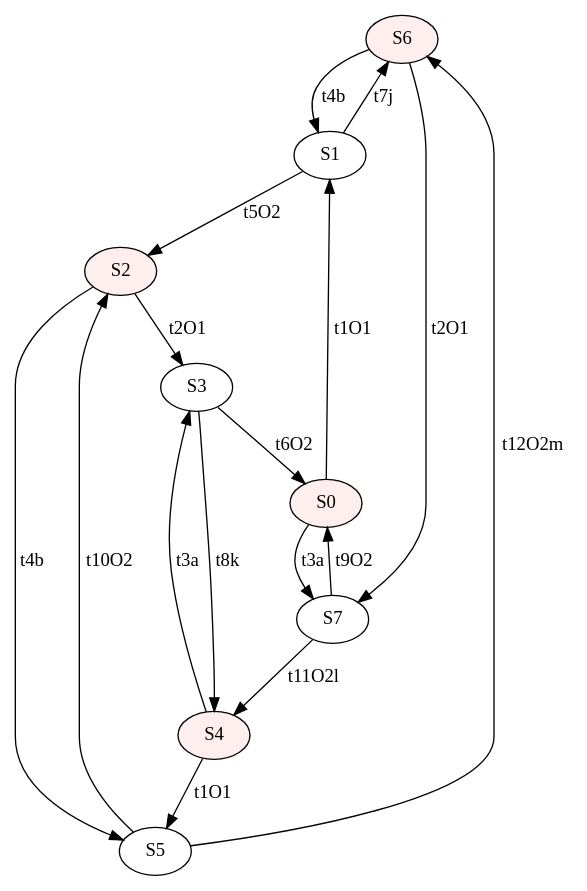
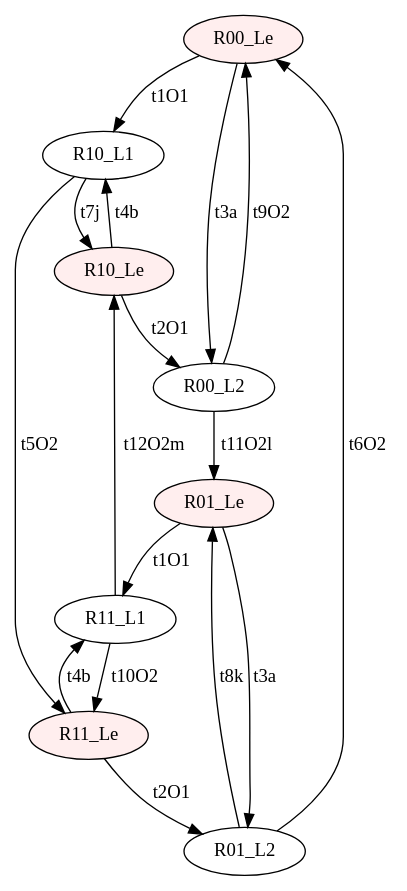
Before and after one commit to Stefano-BS/Explanatory-Diagnosis: the diagram in input/s2_SC.dot, drawn with Graphviz. The commit also changed 21 other files, not shown here.

```diff
--- a/input/s2_SC.dot
+++ b/input/s2_SC.dot
@@ -1,26 +1,26 @@
 digraph "SCinput/s2" {
-node [style=filled fillcolor="#FFEEEE"]; S6 ;
-node [fillcolor="#FFFFFF"]; S1 ;
-node [style=filled fillcolor="#FFEEEE"]; S2 ;
-node [fillcolor="#FFFFFF"]; S5 ;
-node [style=filled fillcolor="#FFEEEE"]; S0 ;
-node [fillcolor="#FFFFFF"]; S7 ;
-node [style=filled fillcolor="#FFEEEE"]; S4 ;
-node [fillcolor="#FFFFFF"]; S3 ;
-S6 -> S1 [label=t4b]
-S6 -> S7 [label=t2O1]
-S1 -> S6 [label=t7j]
-S1 -> S2 [label=t5O2]
-S2 -> S5 [label=t4b]
-S2 -> S3 [label=t2O1]
-S5 -> S6 [label=t12O2m]
-S5 -> S2 [label=t10O2]
-S0 -> S7 [label=t3a]
-S0 -> S1 [label=t1O1]
-S7 -> S4 [label=t11O2l]
-S7 -> S0 [label=t9O2]
-S4 -> S3 [label=t3a]
-S4 -> S5 [label=t1O1]
-S3 -> S4 [label=t8k]
-S3 -> S0 [label=t6O2]
+node [style=filled fillcolor="#FFEEEE"]; R00_Le ;
+node [style=filled fillcolor="#FFEEEE"]; R10_Le ;
+node [fillcolor="#FFFFFF"]; R10_L1 ;
+node [fillcolor="#FFFFFF"]; R11_L1 ;
+node [style=filled fillcolor="#FFEEEE"]; R11_Le ;
+node [fillcolor="#FFFFFF"]; R00_L2 ;
+node [fillcolor="#FFFFFF"]; R01_L2 ;
+node [style=filled fillcolor="#FFEEEE"]; R01_Le ;
+R10_Le -> R10_L1 [label=t4b]
+R10_Le -> R00_L2 [label=t2O1]
+R10_L1 -> R10_Le [label=t7j]
+R10_L1 -> R11_Le [label=t5O2]
+R11_L1 -> R10_Le [label=t12O2m]
+R11_L1 -> R11_Le [label=t10O2]
+R11_Le -> R11_L1 [label=t4b]
+R11_Le -> R01_L2 [label=t2O1]
+R00_L2 -> R01_Le [label=t11O2l]
+R00_L2 -> R00_Le [label=t9O2]
+R00_Le -> R00_L2 [label=t3a]
+R00_Le -> R10_L1 [label=t1O1]
+R01_L2 -> R01_Le [label=t8k]
+R01_L2 -> R00_Le [label=t6O2]
+R01_Le -> R01_L2 [label=t3a]
+R01_Le -> R11_L1 [label=t1O1]
 }
```
